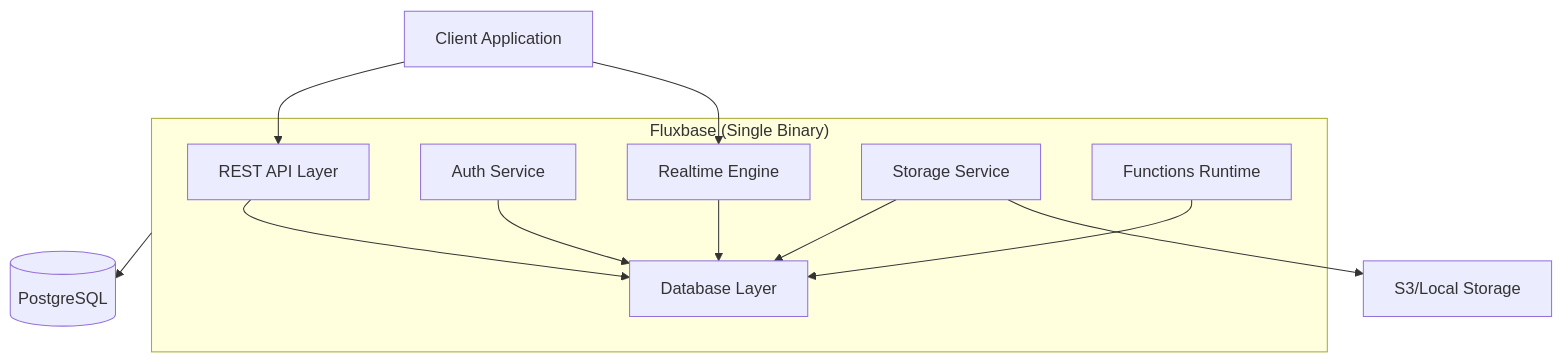
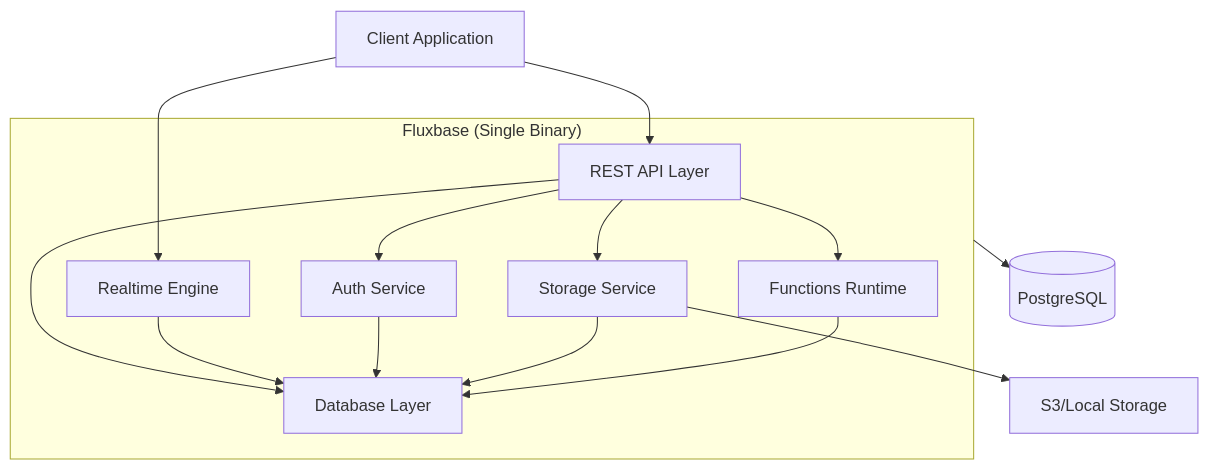
The diagram in docs/docs/intro.md (wayli-app/fluxbase), drawn with Mermaid before and after one commit. The commit also changed 5 other files, not shown here.

````diff
--- a/docs/docs/intro.md
+++ b/docs/docs/intro.md
@@ -159,26 +159,31 @@
 ```mermaid
 graph TB
     Client[Client Application]
 
     subgraph Fluxbase ["Fluxbase (Single Binary)"]
         API[REST API Layer]
+        RT[Realtime Engine]
+
         Auth[Auth Service]
-        RT[Realtime Engine]
         Storage[Storage Service]
         Functions[Functions Runtime]
+        DB[Database Layer]
 
-        API --> DB[Database Layer]
+        API --> Auth
+        API --> Storage
+        API --> Functions
+        API --> DB
+        RT --> DB
         Auth --> DB
-        RT --> DB
         Storage --> DB
         Functions --> DB
     end
 
     PG[(PostgreSQL)]
     S3[S3/Local Storage]
 
     Client --> API
     Client --> RT
     Fluxbase --> PG
     Storage --> S3
 ```
````
